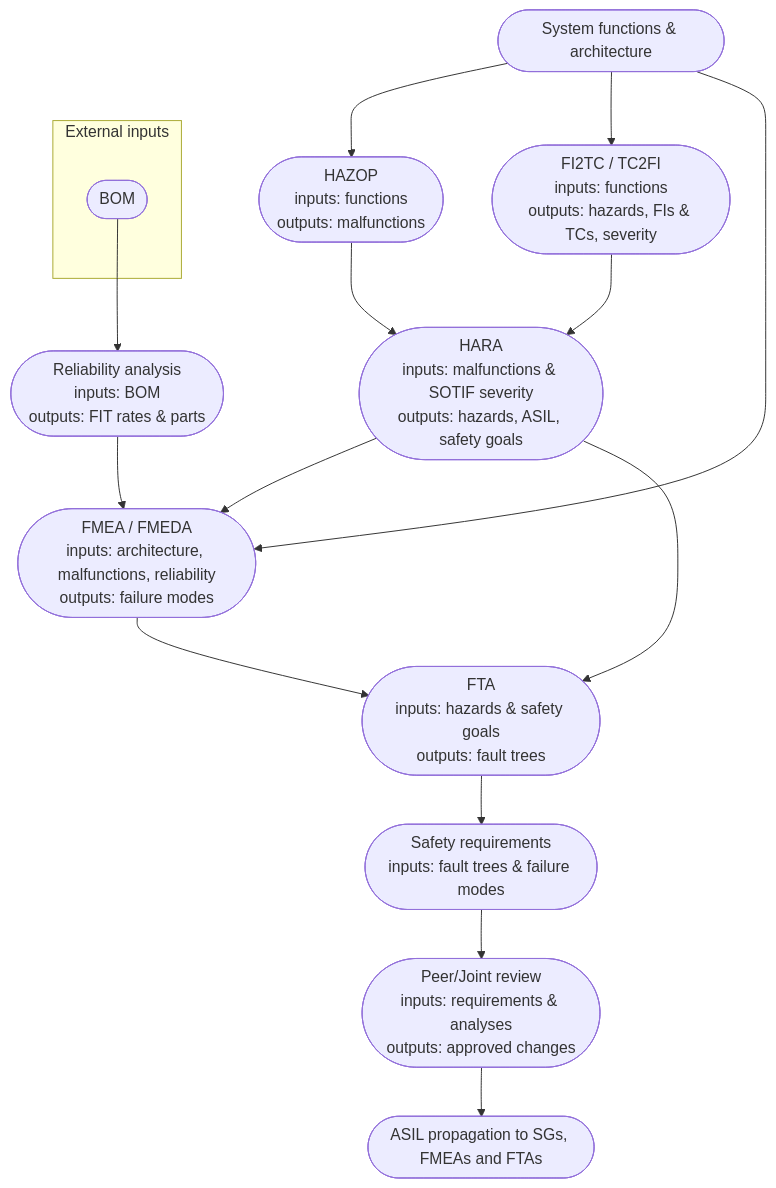
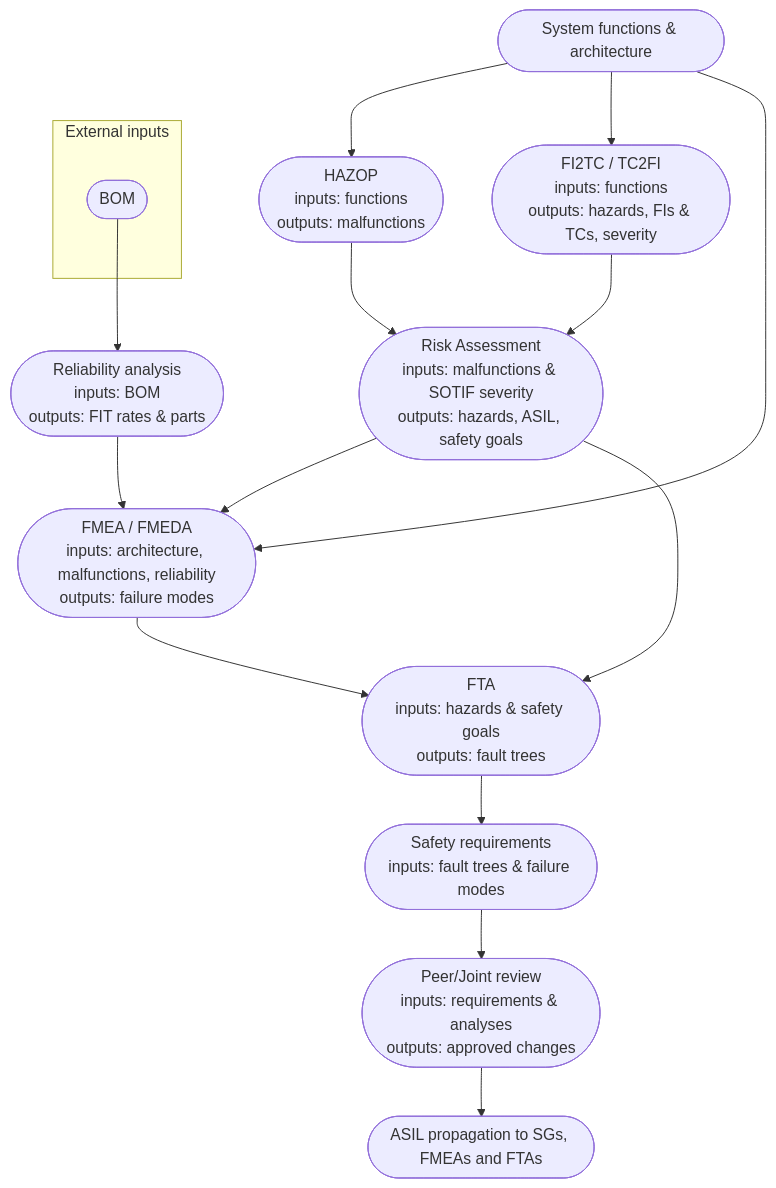
The first of 34 diagrams in README.md (MelkorBalrog/AutoSafeguard-Analyzer), drawn with Mermaid before and after one commit. The commit also changed other lines of this file and 3 other files, not shown here.

Commit message:
Rename HARA analysis UI to risk assessment

````diff
--- a/README.md
+++ b/README.md
@@ -41,19 +41,19 @@
 ```mermaid
 flowchart TD
     subgraph ext [External inputs]
         X([BOM])
     end
     X --> R([Reliability analysis<br/>inputs: BOM<br/>outputs: FIT rates & parts])
     A([System functions & architecture]) --> B([HAZOP<br/>inputs: functions<br/>outputs: malfunctions])
     A --> S([FI2TC / TC2FI<br/>inputs: functions<br/>outputs: hazards, FIs & TCs, severity])
-    B --> C([HARA<br/>inputs: malfunctions & SOTIF severity<br/>outputs: hazards, ASIL, safety goals])
+    B --> C([Risk Assessment<br/>inputs: malfunctions & SOTIF severity<br/>outputs: hazards, ASIL, safety goals])
     S --> C
     A --> D([FMEA / FMEDA<br/>inputs: architecture, malfunctions, reliability<br/>outputs: failure modes])
     R --> D
     C --> D
     C --> E([FTA<br/>inputs: hazards & safety goals<br/>outputs: fault trees])
     D --> E
     E --> F([Safety requirements<br/>inputs: fault trees & failure modes])
     F --> G([Peer/Joint review<br/>inputs: requirements & analyses<br/>outputs: approved changes])
     G --> H([ASIL propagation to SGs, FMEAs and FTAs])
 ```
````
